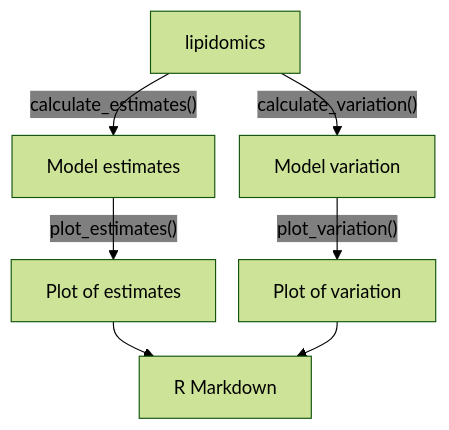
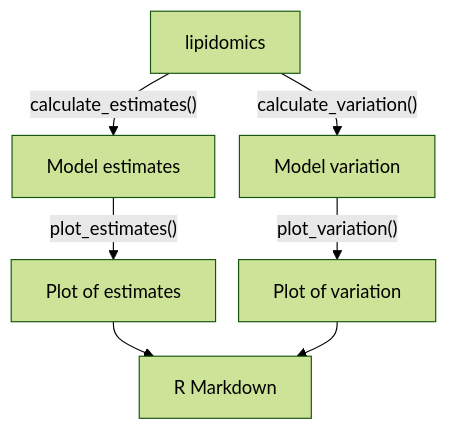
One commit to rostools/r-cubed-advanced changed the second of 3 diagrams in content/03-statistical-analyses.qmd. Above: the diagram before and after it, drawn with Mermaid.

Commit message:
no transparent edge label

````diff
--- a/content/03-statistical-analyses.qmd
+++ b/content/03-statistical-analyses.qmd
@@ -224,15 +224,15 @@
 ```{mermaid fig-model-possible-targets}
 %%| label: fig-model-possible-targets
 %%| fig-cap: Potential inputs, outputs, and functions for the targets pipeline.
 %%| echo: false
 %%| eval: true
-%%{init:{'theme':'forest', 'flowchart':{'nodeSpacing': 20, 'rankSpacing':30}, 'themeVariables': { 'edgeLabelBackground': 'transparent'}}}%%
+%%{init:{'theme':'forest', 'flowchart':{'nodeSpacing': 20, 'rankSpacing': 30}}}%%
 graph TB
     lipidomics -- "calculate_estimates()" --> model_est[Model estimates]
     model_est -- "plot_estimates()" --> plot_est[Plot of estimates]
     lipidomics -- "calculate_variation()" --> model_var[Model variation]
     model_var -- "plot_variation()" --> plot_var[Plot of variation]
     plot_est & plot_var --> rmd[R Markdown]
 
 linkStyle 0,1,2,3,4,5 stroke-width:1px;
 ```
````
